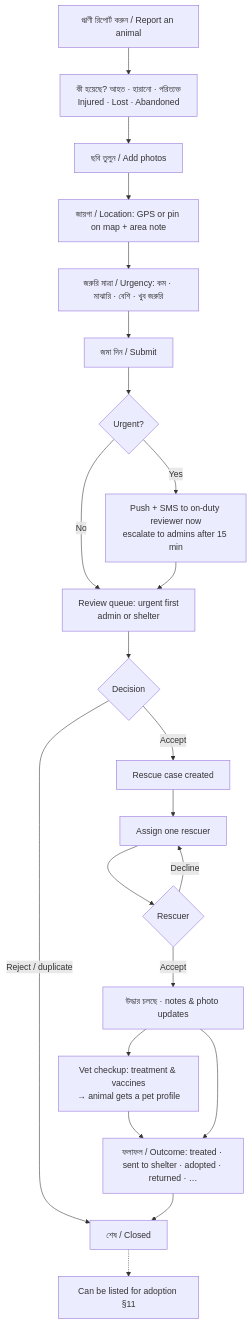
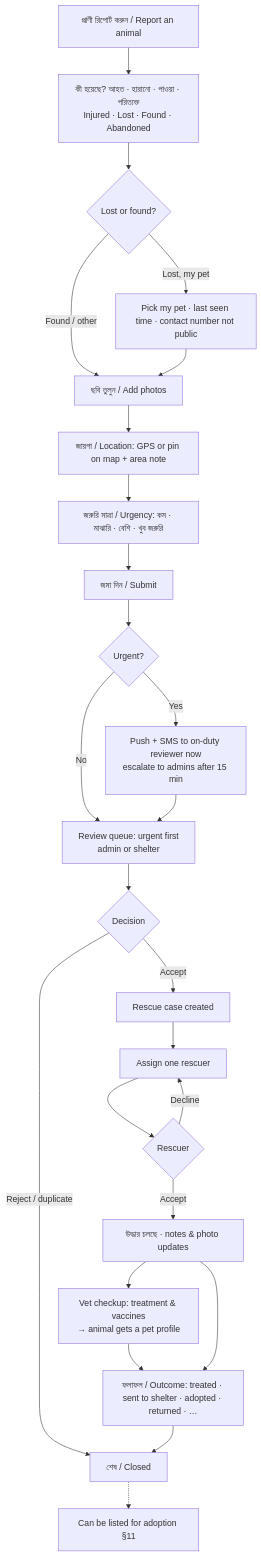
The sixth of 8 diagrams in docs/app-flow.md (afridi2003-maverick/Pranora), drawn with Mermaid before and after one commit. The commit also changed other lines of this file and 8 other files, not shown here.

First line of the commit message:
docs: trim MVP to PDF modules 1-4, merge lost & found into rescue, move online payments to P1

````diff
--- a/docs/app-flow.md
+++ b/docs/app-flow.md
@@ -232,24 +233,27 @@
 ```mermaid
 flowchart TD
-  R0[প্রাণী রিপোর্ট করুন / Report an animal] --> R1[কী হয়েছে? আহত · হারানো · পরিত্যক্ত<br/>Injured · Lost · Abandoned]
-  R1 --> R2[ছবি তুলুন / Add photos]
+  R0[প্রাণী রিপোর্ট করুন / Report an animal] --> R1[কী হয়েছে? আহত · হারানো · পাওয়া · পরিত্যক্ত<br/>Injured · Lost · Found · Abandoned]
+  R1 --> LFQ{Lost or found?}
+  LFQ -- Lost, my pet --> LP[Pick my pet · last seen time · contact number not public]
+  LFQ -- Found / other --> R2
+  LP --> R2[ছবি তুলুন / Add photos]
   R2 --> R3[জায়গা / Location: GPS or pin on map + area note]
   R3 --> R4[জরুরি মাত্রা / Urgency: কম · মাঝারি · বেশি · খুব জরুরি]
   R4 --> R5[জমা দিন / Submit]
   R5 --> U{Urgent?}
   U -- Yes --> ALERT[Push + SMS to on-duty reviewer now<br/>escalate to admins after 15 min]
   U -- No --> QUEUE
   ALERT --> QUEUE[Review queue: urgent first<br/>admin or shelter]
   QUEUE --> DEC{Decision}
   DEC -- Reject / duplicate --> CLOSED
   DEC -- Accept --> CASE[Rescue case created]
   CASE --> ASG[Assign one rescuer]
   ASG --> RESP{Rescuer}
   RESP -- Decline --> ASG
   RESP -- Accept --> PROG[উদ্ধার চলছে · notes & photo updates]
   PROG --> VET[Vet checkup: treatment & vaccines<br/>→ animal gets a pet profile]
   VET --> OUT[ফলাফল / Outcome: treated · sent to shelter · adopted · returned · …]
   PROG --> OUT
   OUT --> CLOSED[শেষ / Closed]
   CLOSED -.-> ADOPT[Can be listed for adoption §11]
 ```
````
